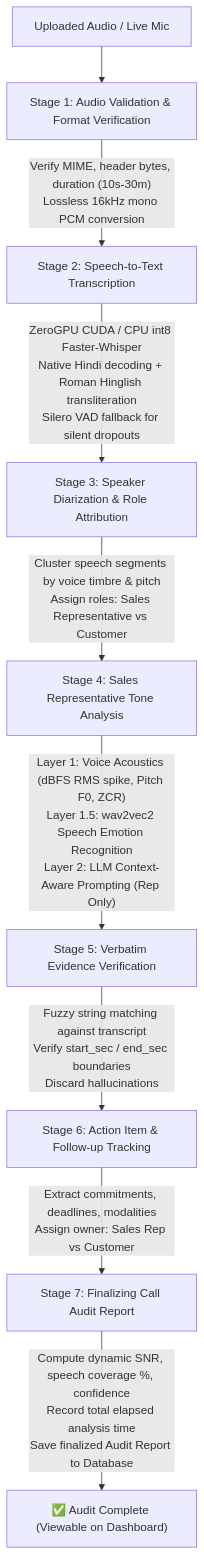
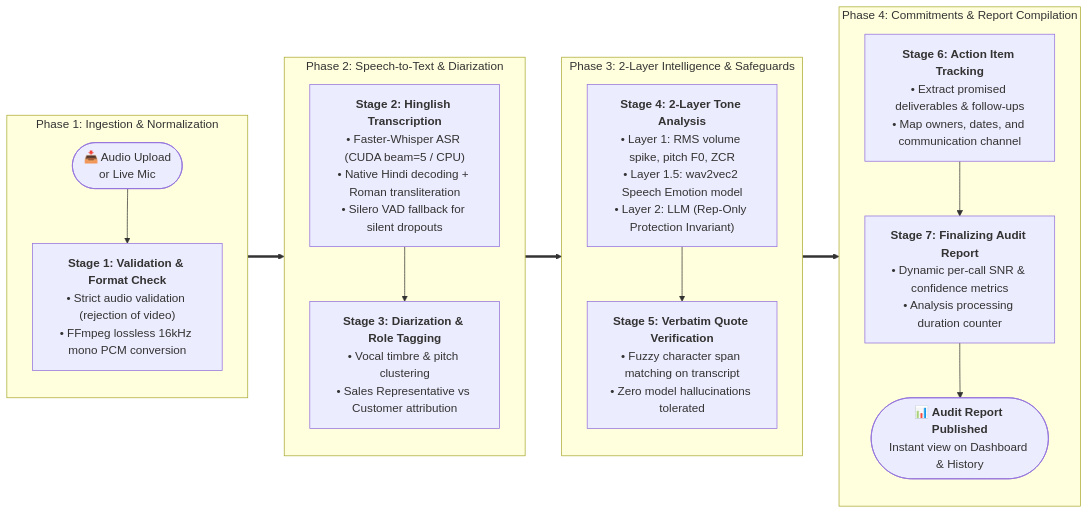
Before and after one commit to avijit-28/TuneChecker: the second of 5 diagrams in SYSTEM_ARCHITECTURE.md, drawn with Mermaid. The commit also changed other lines of this file, not shown here.

Commit message:
docs(arch): restructure High-Level Architecture and 7-Stage Pipeline diagrams into horizontal flowcharts

````diff
--- a/SYSTEM_ARCHITECTURE.md
+++ b/SYSTEM_ARCHITECTURE.md
@@ -97,17 +92,35 @@
 ```mermaid
-flowchart TD
-    A["Uploaded Audio / Live Mic"] --> S1["Stage 1: Audio Validation & Format Verification"]
-    S1 -->|"Verify MIME, header bytes, duration (10s-30m)<br/>Lossless 16kHz mono PCM conversion"| S2["Stage 2: Speech-to-Text Transcription"]
-    
-    S2 -->|"ZeroGPU CUDA / CPU int8 Faster-Whisper<br/>Native Hindi decoding + Roman Hinglish transliteration<br/>Silero VAD fallback for silent dropouts"| S3["Stage 3: Speaker Diarization & Role Attribution"]
-    
-    S3 -->|"Cluster speech segments by voice timbre & pitch<br/>Assign roles: Sales Representative vs Customer"| S4["Stage 4: Sales Representative Tone Analysis"]
-    
-    S4 -->|"Layer 1: Voice Acoustics (dBFS RMS spike, Pitch F0, ZCR)<br/>Layer 1.5: wav2vec2 Speech Emotion Recognition<br/>Layer 2: LLM Context-Aware Prompting (Rep Only)"| S5["Stage 5: Verbatim Evidence Verification"]
-    
-    S5 -->|"Fuzzy string matching against transcript<br/>Verify start_sec / end_sec boundaries<br/>Discard hallucinations"| S6["Stage 6: Action Item & Follow-up Tracking"]
-    
-    S6 -->|"Extract commitments, deadlines, modalities<br/>Assign owner: Sales Rep vs Customer"| S7["Stage 7: Finalizing Call Audit Report"]
-    
-    S7 -->|"Compute dynamic SNR, speech coverage %, confidence<br/>Record total elapsed analysis time<br/>Save finalized Audit Report to Database"| Complete["✅ Audit Complete (Viewable on Dashboard)"]
+flowchart LR
+    subgraph Phase1 ["Phase 1: Ingestion & Normalization"]
+        direction TB
+        In(["📥 Audio Upload<br/>or Live Mic"])
+        S1["<b>Stage 1: Validation & Format Check</b><br/>• Strict audio validation (rejection of video)<br/>• FFmpeg lossless 16kHz mono PCM conversion"]
+        In --> S1
+    end
+
+    subgraph Phase2 ["Phase 2: Speech-to-Text & Diarization"]
+        direction TB
+        S2["<b>Stage 2: Hinglish Transcription</b><br/>• Faster-Whisper ASR (CUDA beam=5 / CPU)<br/>• Native Hindi decoding + Roman transliteration<br/>• Silero VAD fallback for silent dropouts"]
+        S3["<b>Stage 3: Diarization & Role Tagging</b><br/>• Vocal timbre & pitch clustering<br/>• Sales Representative vs Customer attribution"]
+        S2 --> S3
+    end
+
+    subgraph Phase3 ["Phase 3: 2-Layer Intelligence & Safeguards"]
+        direction TB
+        S4["<b>Stage 4: 2-Layer Tone Analysis</b><br/>• Layer 1: RMS volume spike, pitch F0, ZCR<br/>• Layer 1.5: wav2vec2 Speech Emotion model<br/>• Layer 2: LLM (Rep-Only Protection Invariant)"]
+        S5["<b>Stage 5: Verbatim Quote Verification</b><br/>• Fuzzy character span matching on transcript<br/>• Zero model hallucinations tolerated"]
+        S4 --> S5
+    end
+
+    subgraph Phase4 ["Phase 4: Commitments & Report Compilation"]
+        direction TB
+        S6["<b>Stage 6: Action Item Tracking</b><br/>• Extract promised deliverables & follow-ups<br/>• Map owners, dates, and communication channel"]
+        S7["<b>Stage 7: Finalizing Audit Report</b><br/>• Dynamic per-call SNR & confidence metrics<br/>• Analysis processing duration counter"]
+        Out(["📊 <b>Audit Report Published</b><br/>Instant view on Dashboard & History"])
+        S6 --> S7 --> Out
+    end
+
+    Phase1 ==> Phase2
+    Phase2 ==> Phase3
+    Phase3 ==> Phase4
 ```
````
